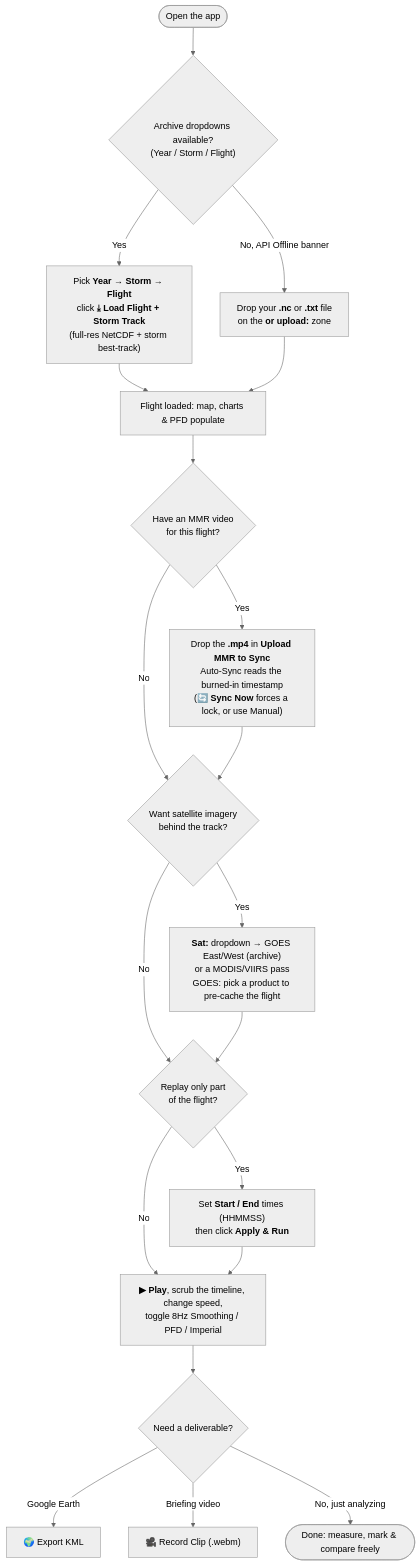
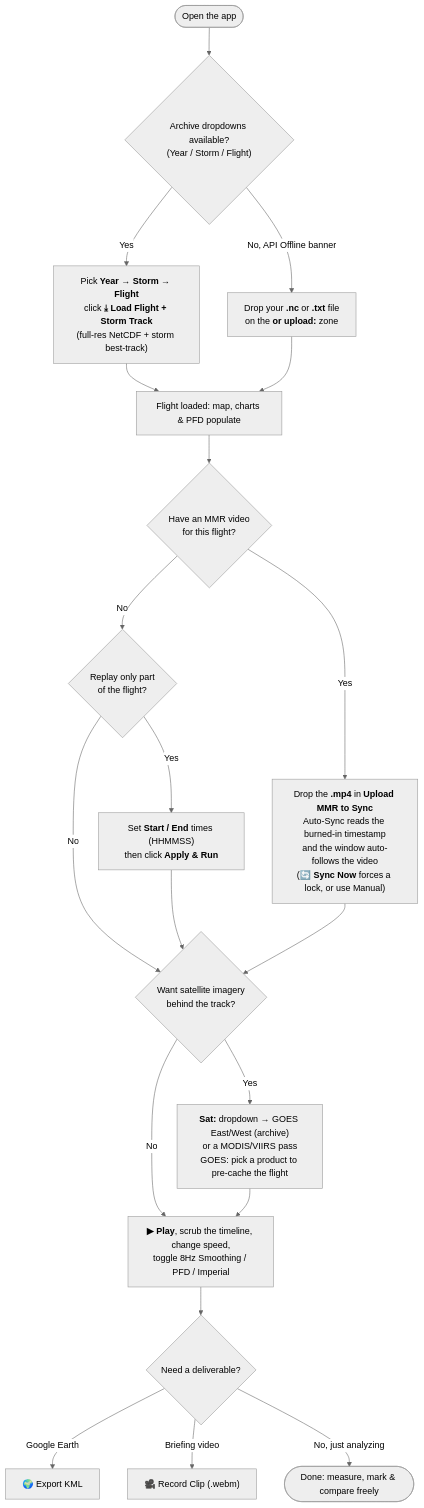
One commit to diegoxb07/AOCVisualizer changed the diagram in README.md. Above: the diagram before and after it, drawn with Mermaid (neutral theme). The commit also changed other lines of this file, not shown here.

````diff
--- a/README.md
+++ b/README.md
@@ -27,22 +27,22 @@
 ```mermaid
 flowchart TD
     START(["Open the app"]) --> ARCHIVE{"Archive dropdowns available?<br>(Year / Storm / Flight)"}
     ARCHIVE -- "Yes" --> LOADARC["Pick <b>Year → Storm → Flight</b><br>click <b>⤓ Load Flight + Storm Track</b><br>(full-res NetCDF + storm best-track)"]
     ARCHIVE -- "No, API Offline banner" --> UPLOAD["Drop your <b>.nc</b> or <b>.txt</b> file<br>on the <b>or upload:</b> zone"]
     LOADARC --> LOADED["Flight loaded: map, charts & PFD populate"]
     UPLOAD --> LOADED
     LOADED --> MMR{"Have an MMR video<br>for this flight?"}
-    MMR -- "Yes" --> VIDEO["Drop the <b>.mp4</b> in <b>Upload MMR to Sync</b><br>Auto-Sync reads the burned-in timestamp<br>(<b>🔄 Sync Now</b> forces a lock, or use Manual)"]
-    MMR -- "No" --> SAT{"Want satellite imagery<br>behind the track?"}
+    MMR -- "Yes" --> VIDEO["Drop the <b>.mp4</b> in <b>Upload MMR to Sync</b><br>Auto-Sync reads the burned-in timestamp<br>and the window auto-follows the video<br>(<b>🔄 Sync Now</b> forces a lock, or use Manual)"]
+    MMR -- "No" --> WINDOW{"Replay only part<br>of the flight?"}
+    WINDOW -- "Yes" --> TRIM["Set <b>Start / End</b> times (HHMMSS)<br>then click <b>Apply & Run</b>"]
+    WINDOW -- "No" --> SAT{"Want satellite imagery<br>behind the track?"}
+    TRIM --> SAT
     VIDEO --> SAT
     SAT -- "Yes" --> SATPICK["<b>Sat:</b> dropdown → GOES East/West (archive)<br>or a MODIS/VIIRS pass<br>GOES: pick a product to pre-cache the flight"]
-    SAT -- "No" --> WINDOW{"Replay only part<br>of the flight?"}
-    SATPICK --> WINDOW
-    WINDOW -- "Yes" --> TRIM["Set <b>Start / End</b> times (HHMMSS)<br>then click <b>Apply & Run</b>"]
-    WINDOW -- "No" --> PLAY["<b>▶ Play</b>, scrub the timeline, change speed,<br>toggle 8Hz Smoothing / PFD / Imperial"]
-    TRIM --> PLAY
+    SAT -- "No" --> PLAY["<b>▶ Play</b>, scrub the timeline, change speed,<br>toggle 8Hz Smoothing / PFD / Imperial"]
+    SATPICK --> PLAY
     PLAY --> EXPORT{"Need a deliverable?"}
     EXPORT -- "Google Earth" --> KML["🌍 Export KML"]
     EXPORT -- "Briefing video" --> CLIP["🎥 Record Clip (.webm)"]
     EXPORT -- "No, just analyzing" --> DONE(["Done: measure, mark & compare freely"])
 ```
````
